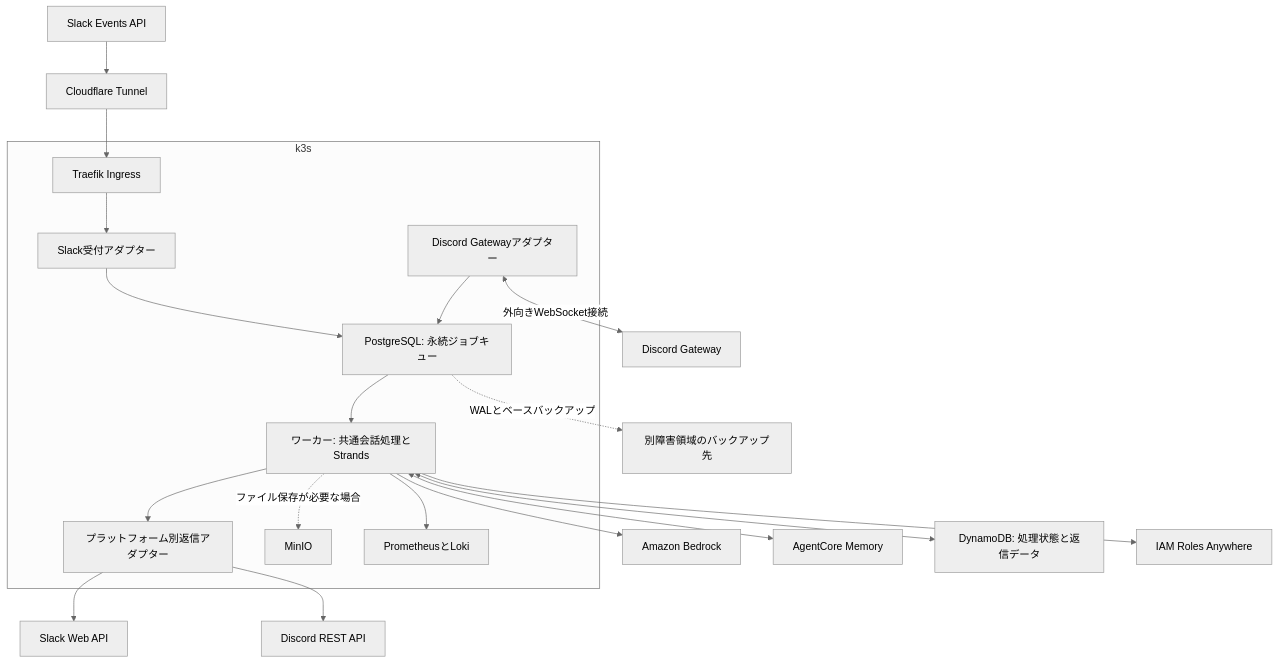
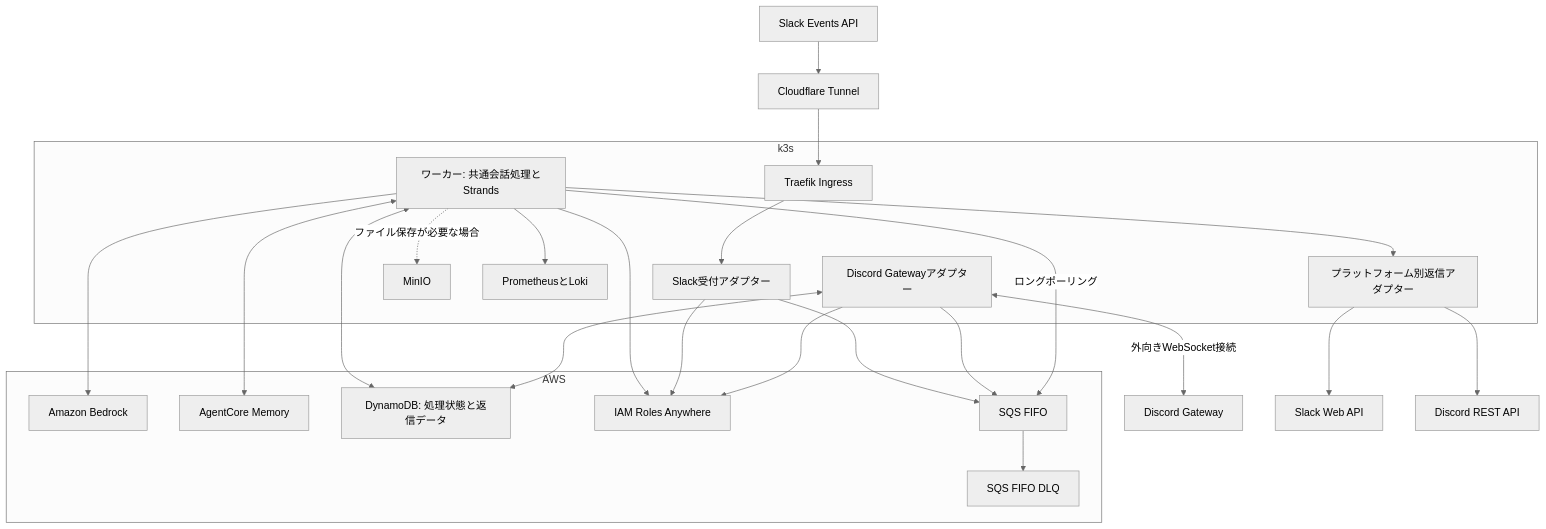
The diagram in docs/adr/0001-hybrid-k3s-strands-chatbot.md (karia/ai_chatbot), drawn with Mermaid (neutral theme) before and after one commit. The commit also changed other lines of this file, not shown here.

Commit message:
Simplify hybrid chatbot architecture with SQS and DynamoDB

````diff
--- a/docs/adr/0001-hybrid-k3s-strands-chatbot.md
+++ b/docs/adr/0001-hybrid-k3s-strands-chatbot.md
@@ -41,23 +43,33 @@
 ```mermaid
 flowchart TD
     Slack[Slack Events API] --> Edge[Cloudflare Tunnel]
     Edge --> Ingress[Traefik Ingress]
     subgraph K3S[k3s]
         Ingress --> SA[Slack受付アダプター]
         DA[Discord Gatewayアダプター]
-        SA --> Jobs[PostgreSQL: 永続ジョブキュー]
-        DA --> Jobs
-        Jobs --> Worker[ワーカー: 共通会話処理とStrands]
+        Worker[ワーカー: 共通会話処理とStrands]
         Worker --> Sender[プラットフォーム別返信アダプター]
         Worker -. ファイル保存が必要な場合 .-> MinIO[MinIO]
         Worker --> Observe[PrometheusとLoki]
     end
     DA <-->|外向きWebSocket接続| Discord[Discord Gateway]
     Sender --> SlackAPI[Slack Web API]
     Sender --> DiscordAPI[Discord REST API]
     Worker --> Bedrock[Amazon Bedrock]
     Worker <--> Memory[AgentCore Memory]
     Worker <--> State[DynamoDB: 処理状態と返信データ]
     Worker --> Auth[IAM Roles Anywhere]
-    Jobs -. WALとベースバックアップ .-> Backup[別障害領域のバックアップ先]
+    subgraph AWS[AWS]
+        Bedrock
+        Memory
+        State
+        Auth
+        Jobs[SQS FIFO] --> DLQ[SQS FIFO DLQ]
+    end
+    SA --> Jobs
+    DA --> Jobs
+    Worker -->|ロングポーリング| Jobs
+    DA <--> State
+    SA --> Auth
+    DA --> Auth
 ```
````
